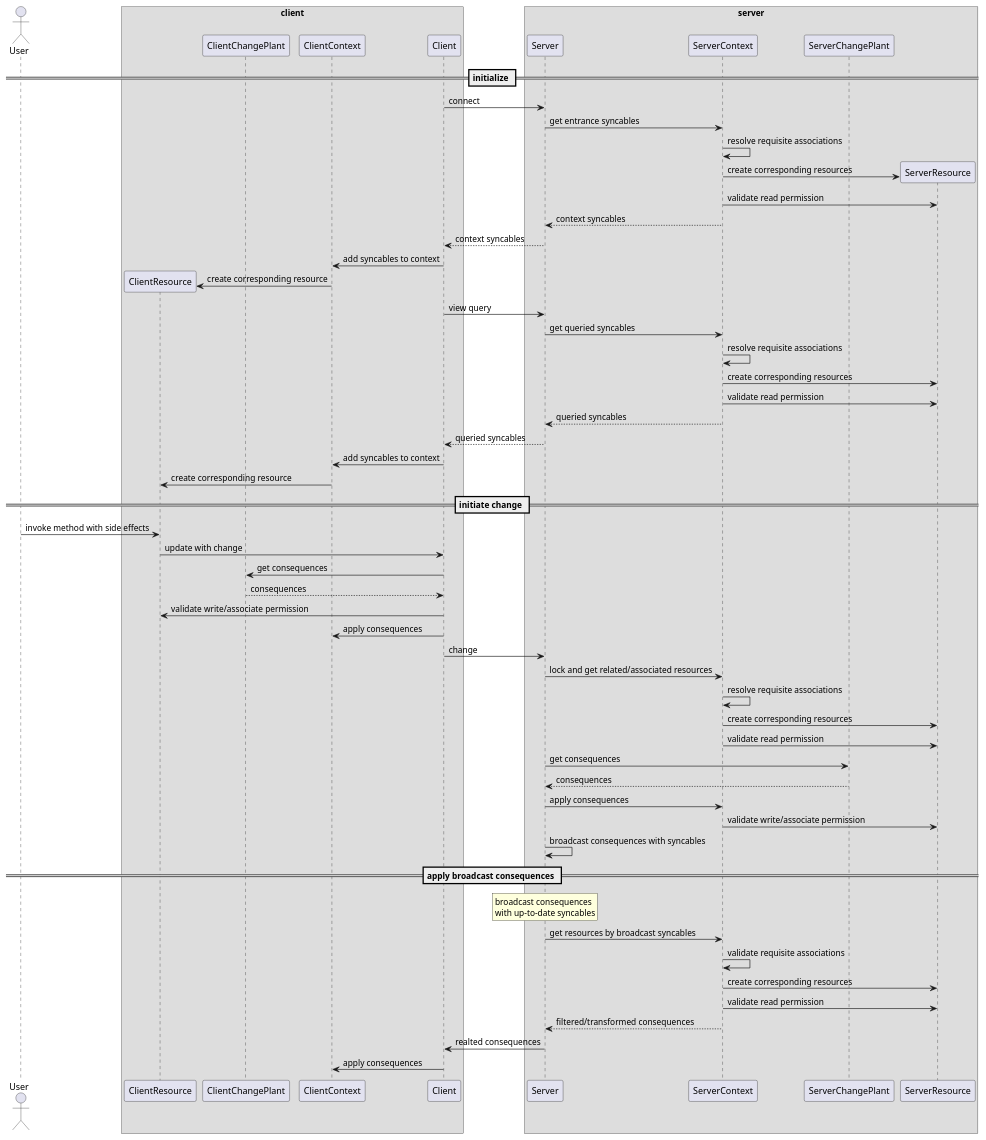
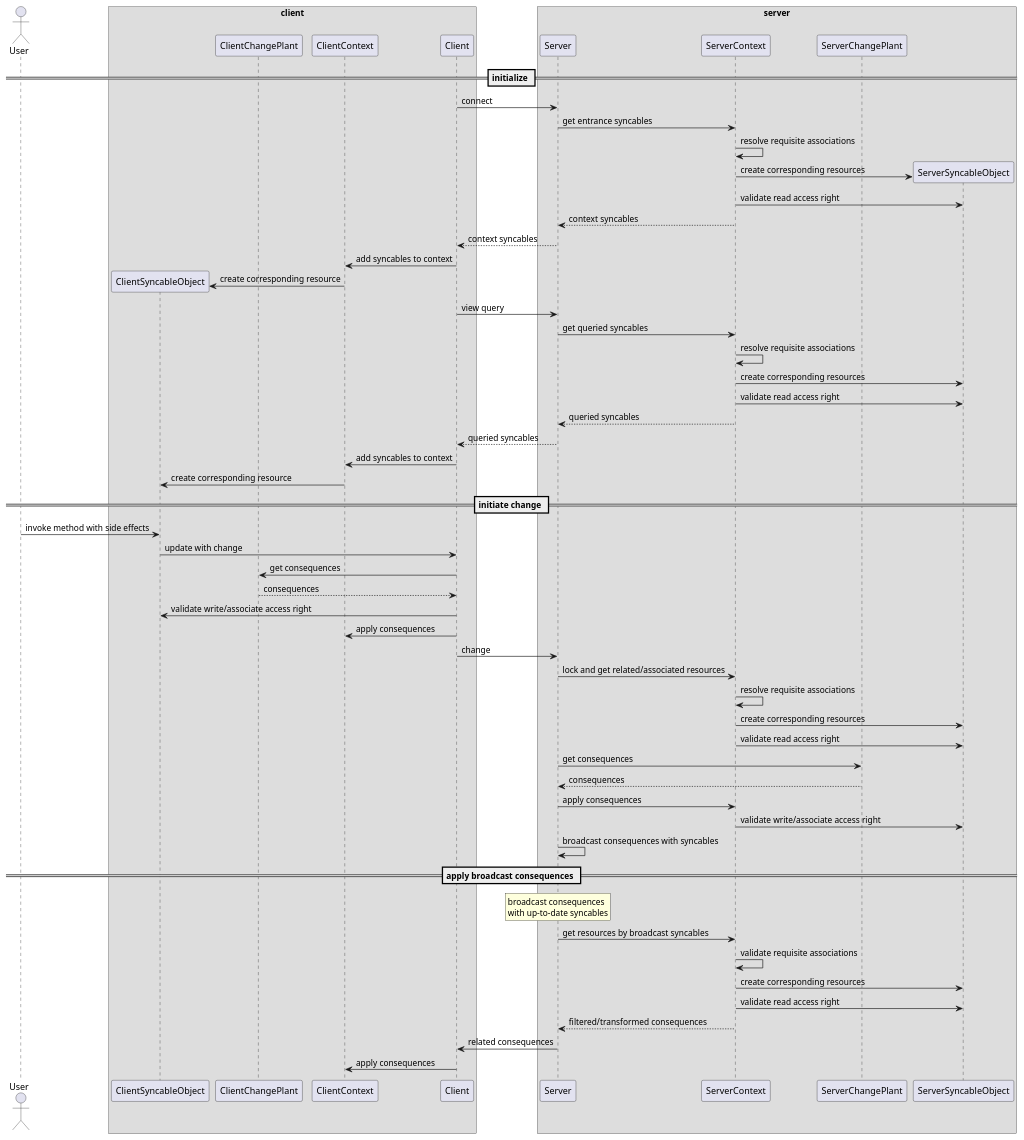
Before and after one commit to mufancom/syncable: the diagram in doc/overview.puml, drawn with PlantUML. The commit also changed 17 other files, not shown here.

```diff
--- a/doc/overview.puml
+++ b/doc/overview.puml
@@ -1,75 +1,75 @@
 @startuml overview
 
 actor User
 
 box "client"
 participant Client order 3
 participant ClientContext order 2
 participant ClientChangePlant order 1
-participant ClientResource order 0
+participant ClientSyncableObject order 0
 end box
 
 box "server"
 participant Server order 4
 participant ServerContext order 5
 participant ServerChangePlant order 6
-participant ServerResource order 7
+participant ServerSyncableObject order 7
 end box
 
 == initialize ==
 
 Client -> Server: connect
 Server -> ServerContext: get entrance syncables
 ServerContext -> ServerContext: resolve requisite associations
-create ServerResource
-ServerContext -> ServerResource: create corresponding resources
-ServerContext -> ServerResource: validate read permission
+create ServerSyncableObject
+ServerContext -> ServerSyncableObject: create corresponding resources
+ServerContext -> ServerSyncableObject: validate read access right
 Server <-- ServerContext: context syncables
 Client <-- Server: context syncables
 Client -> ClientContext: add syncables to context
-create ClientResource
-ClientContext -> ClientResource: create corresponding resource
+create ClientSyncableObject
+ClientContext -> ClientSyncableObject: create corresponding resource
 Client -> Server: view query
 Server -> ServerContext: get queried syncables
 ServerContext -> ServerContext: resolve requisite associations
-ServerContext -> ServerResource: create corresponding resources
-ServerContext -> ServerResource: validate read permission
+ServerContext -> ServerSyncableObject: create corresponding resources
+ServerContext -> ServerSyncableObject: validate read access right
 Server <-- ServerContext: queried syncables
 Server --> Client: queried syncables
 Client -> ClientContext: add syncables to context
-ClientContext -> ClientResource: create corresponding resource
+ClientContext -> ClientSyncableObject: create corresponding resource
 
 == initiate change ==
 
-User -> ClientResource: invoke method with side effects
-ClientResource -> Client: update with change
+User -> ClientSyncableObject: invoke method with side effects
+ClientSyncableObject -> Client: update with change
 Client -> ClientChangePlant: get consequences
 Client <-- ClientChangePlant: consequences
-Client -> ClientResource: validate write/associate permission
+Client -> ClientSyncableObject: validate write/associate access right
 Client -> ClientContext: apply consequences
 
 Client -> Server: change
 
 Server -> ServerContext: lock and get related/associated resources
 ServerContext -> ServerContext: resolve requisite associations
-ServerContext -> ServerResource: create corresponding resources
-ServerContext -> ServerResource: validate read permission
+ServerContext -> ServerSyncableObject: create corresponding resources
+ServerContext -> ServerSyncableObject: validate read access right
 Server -> ServerChangePlant: get consequences
 Server <-- ServerChangePlant: consequences
 Server -> ServerContext: apply consequences
-ServerContext -> ServerResource: validate write/associate permission
+ServerContext -> ServerSyncableObject: validate write/associate access right
 Server -> Server: broadcast consequences with syncables
 
 == apply broadcast consequences ==
 
 rnote over Server: broadcast consequences\nwith up-to-date syncables
 
 Server -> ServerContext: get resources by broadcast syncables
 ServerContext -> ServerContext: validate requisite associations
-ServerContext -> ServerResource: create corresponding resources
-ServerContext -> ServerResource: validate read permission
+ServerContext -> ServerSyncableObject: create corresponding resources
+ServerContext -> ServerSyncableObject: validate read access right
 Server <-- ServerContext: filtered/transformed consequences
-Server -> Client: realted consequences
+Server -> Client: related consequences
 Client -> ClientContext: apply consequences
 
 @enduml
```
